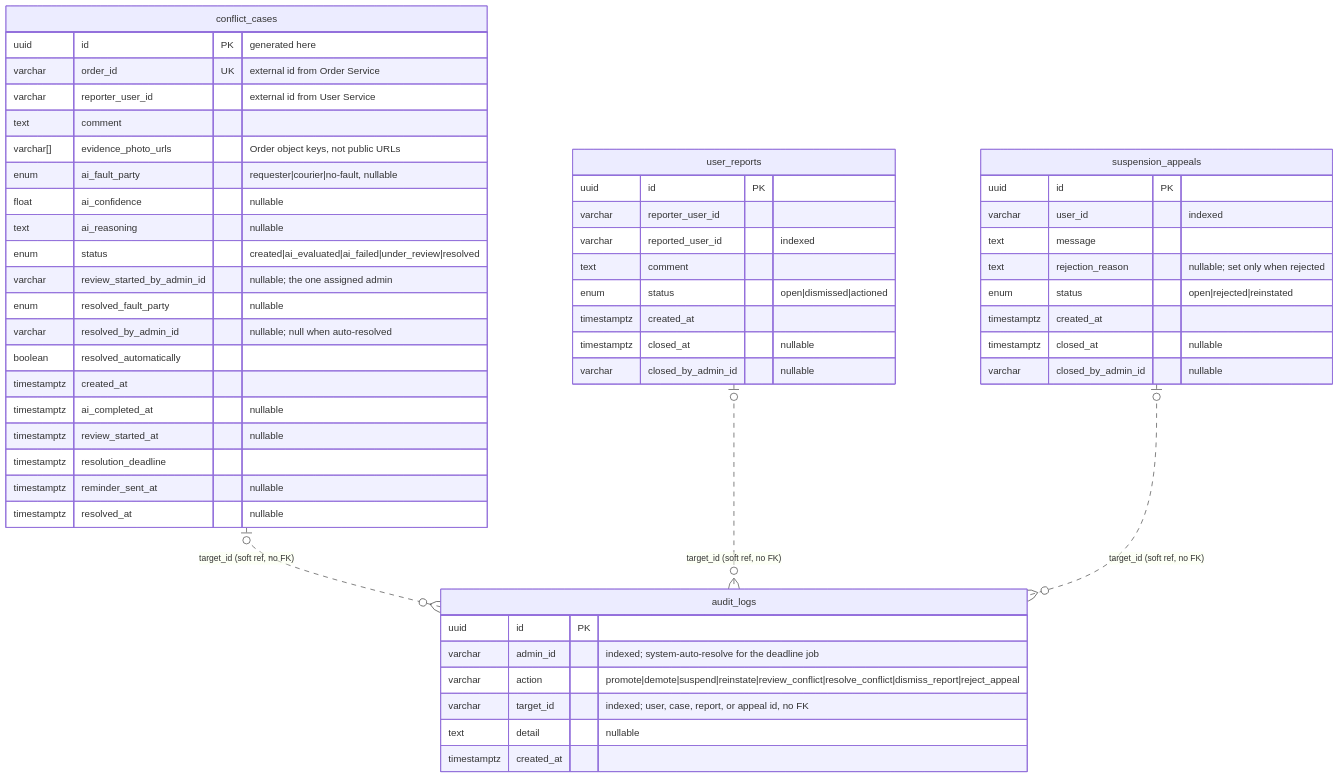
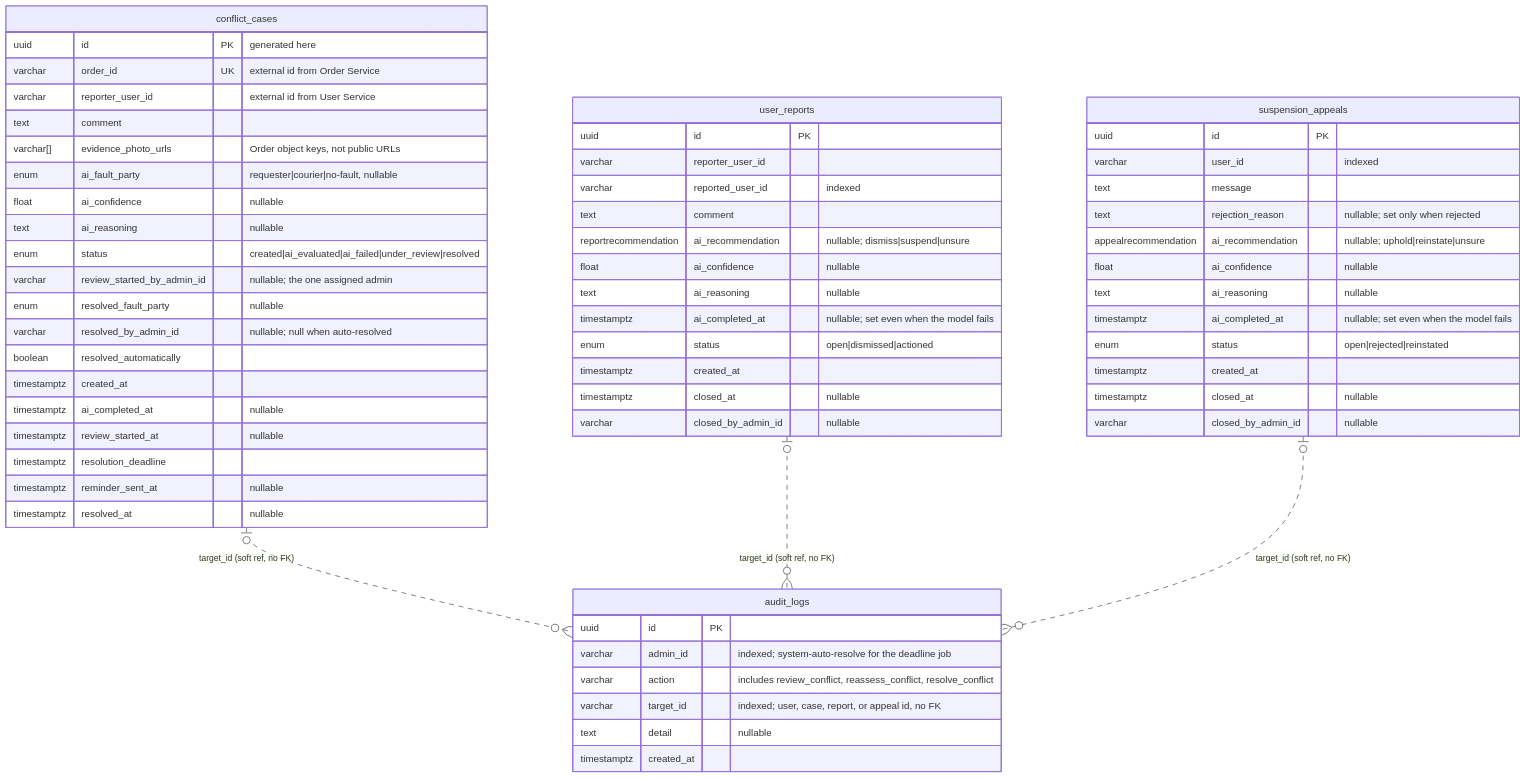
One commit to CS3219-AY2627S1/FoC-Template changed the diagram in admin-service/docs/schema.md. Above: the diagram before and after it, drawn with Mermaid. The commit also changed other lines of this file and 22 other files, not shown here.

````diff
--- a/admin-service/docs/schema.md
+++ b/admin-service/docs/schema.md
@@ -54,59 +60,67 @@
 ```mermaid
 erDiagram
     conflict_cases |o..o{ audit_logs : "target_id (soft ref, no FK)"
     user_reports |o..o{ audit_logs : "target_id (soft ref, no FK)"
     suspension_appeals |o..o{ audit_logs : "target_id (soft ref, no FK)"
 
     conflict_cases {
         uuid        id                          PK "generated here"
         varchar     order_id                    UK "external id from Order Service"
         varchar     reporter_user_id               "external id from User Service"
         text        comment
         varchar[]   evidence_photo_urls            "Order object keys, not public URLs"
         enum        ai_fault_party                 "requester|courier|no-fault, nullable"
         float       ai_confidence                  "nullable"
         text        ai_reasoning                   "nullable"
         enum        status                         "created|ai_evaluated|ai_failed|under_review|resolved"
         varchar     review_started_by_admin_id     "nullable; the one assigned admin"
         enum        resolved_fault_party           "nullable"
         varchar     resolved_by_admin_id           "nullable; null when auto-resolved"
         boolean     resolved_automatically
         timestamptz created_at
         timestamptz ai_completed_at                "nullable"
         timestamptz review_started_at              "nullable"
         timestamptz resolution_deadline
         timestamptz reminder_sent_at               "nullable"
         timestamptz resolved_at                    "nullable"
     }
 
     audit_logs {
         uuid        id            PK
         varchar     admin_id         "indexed; system-auto-resolve for the deadline job"
-        varchar     action           "promote|demote|suspend|reinstate|review_conflict|resolve_conflict|dismiss_report|reject_appeal"
+        varchar     action           "includes review_conflict, reassess_conflict, resolve_conflict"
         varchar     target_id        "indexed; user, case, report, or appeal id, no FK"
         text        detail           "nullable"
         timestamptz created_at
     }
 
     user_reports {
         uuid        id                   PK
         varchar     reporter_user_id
         varchar     reported_user_id        "indexed"
         text        comment
+        reportrecommendation ai_recommendation "nullable; dismiss|suspend|unsure"
+        float       ai_confidence           "nullable"
+        text        ai_reasoning            "nullable"
+        timestamptz ai_completed_at         "nullable; set even when the model fails"
         enum        status                  "open|dismissed|actioned"
         timestamptz created_at
         timestamptz closed_at               "nullable"
         varchar     closed_by_admin_id      "nullable"
     }
 
     suspension_appeals {
         uuid        id                   PK
         varchar     user_id                 "indexed"
         text        message
         text        rejection_reason        "nullable; set only when rejected"
+        appealrecommendation ai_recommendation "nullable; uphold|reinstate|unsure"
+        float       ai_confidence           "nullable"
+        text        ai_reasoning            "nullable"
+        timestamptz ai_completed_at         "nullable; set even when the model fails"
         enum        status                  "open|rejected|reinstated"
         timestamptz created_at
         timestamptz closed_at               "nullable"
         varchar     closed_by_admin_id      "nullable"
     }
 ```
````
